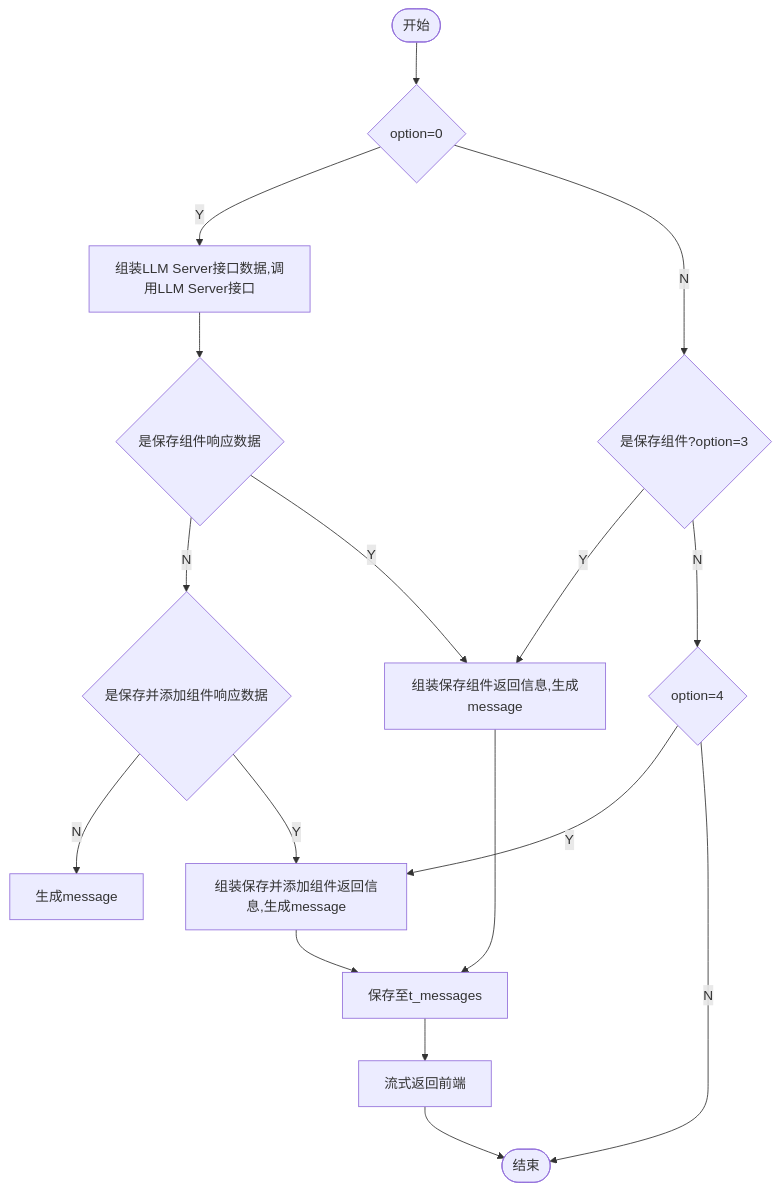
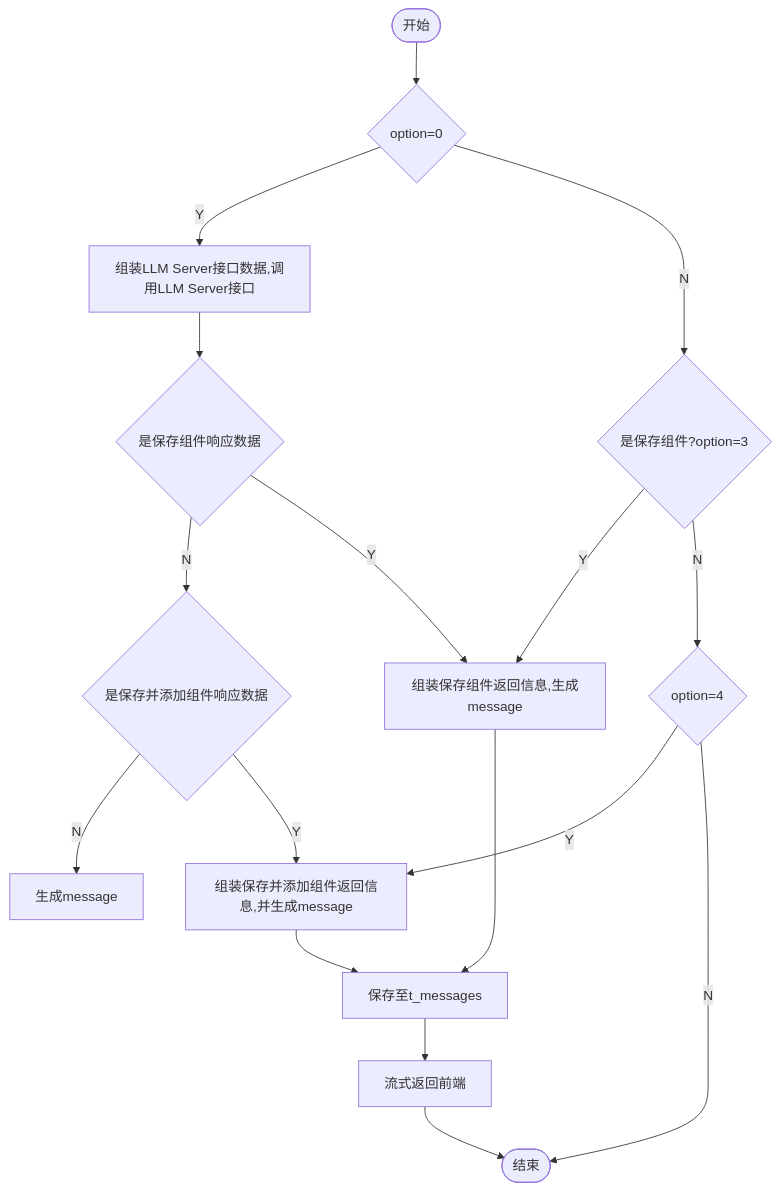
The diagram in all/添加保存组件.md (yingjianzh/iodraw-files), drawn with Mermaid before and after one commit.

Commit message:
2024-10-14 13:46:09 update

````diff
--- a/all/添加保存组件.md
+++ b/all/添加保存组件.md
@@ -1,19 +1,19 @@
 ```mermaid
 flowchart TD
     A([开始]) --> B{option=0}
     B -- Y --> C[组装LLM Server接口数据,调用LLM Server接口]
     B -- N --> D{是保存组件?option=3}
     E -- N --> L{是保存并添加组件响应数据}
     E -- Y --> F[组装保存组件返回信息,生成message]
     C --> E{是保存组件响应数据}
     L -- N --> R[生成message]
     L -- Y --> K
     D -- Y --> F
     D -- N --> J{option=4}
-    J -- Y --> K[组装保存并添加组件返回信息,生成message]
+    J -- Y --> K[组装保存并添加组件返回信息,并生成message]
     K --> G
     J -- N --> I
     F --> G[保存至t_messages]
     G --> H[流式返回前端]
     H --> I([结束])
 ```
````
